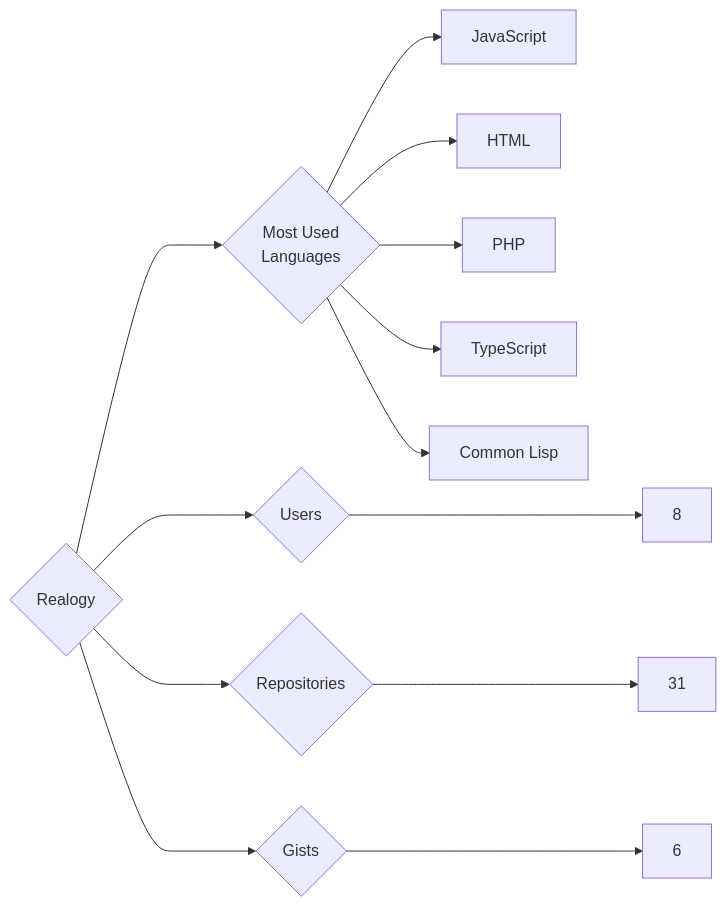
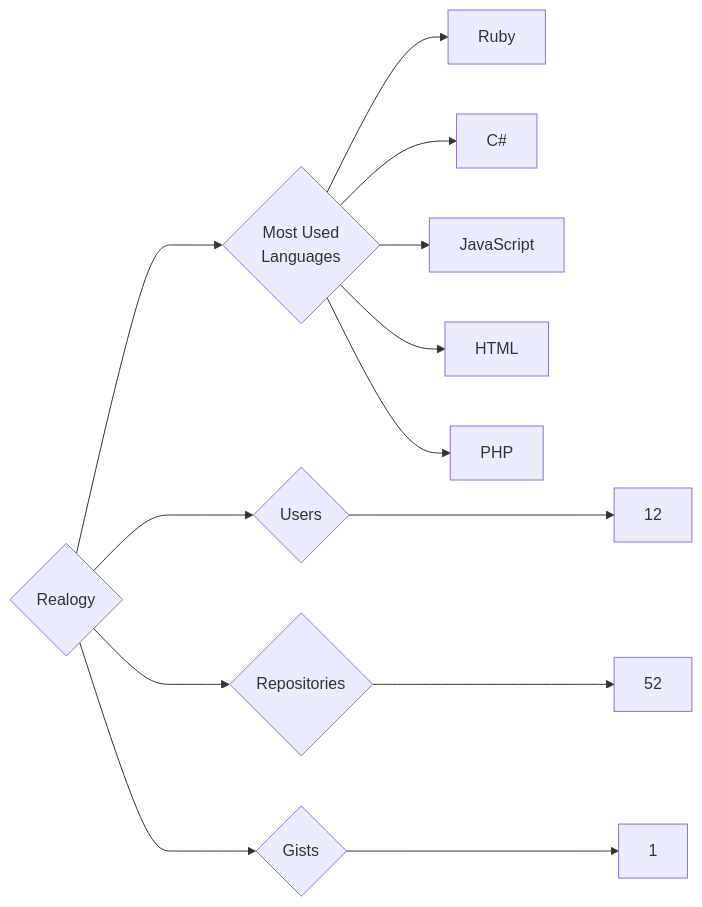
Before and after one commit to trickest/insiders: the diagram in targets/Realogy/README.md, drawn with Mermaid. The commit also changed 912 other files, not shown here.

````diff
--- a/targets/Realogy/README.md
+++ b/targets/Realogy/README.md
@@ -3,13 +3,13 @@
 ```mermaid
 graph LR
 COMPANY_NAME{Realogy}
-COMPANY_NAME ---> U{Users} ---> UN[8]
-COMPANY_NAME ---> R{Repositories} ---> RN[31]
-COMPANY_NAME ---> G{Gists} ---> GN[6]
+COMPANY_NAME ---> U{Users} ---> UN[12]
+COMPANY_NAME ---> R{Repositories} ---> RN[52]
+COMPANY_NAME ---> G{Gists} ---> GN[1]
 COMPANY_NAME ---> ML{Most Used<br>Languages}
+ML --> Ruby[Ruby]
+ML --> C#[C#]
 ML --> JavaScript[JavaScript]
 ML --> HTML[HTML]
 ML --> PHP[PHP]
-ML --> TypeScript[TypeScript]
-ML --> Common_Lisp[Common Lisp]
 ```
````
